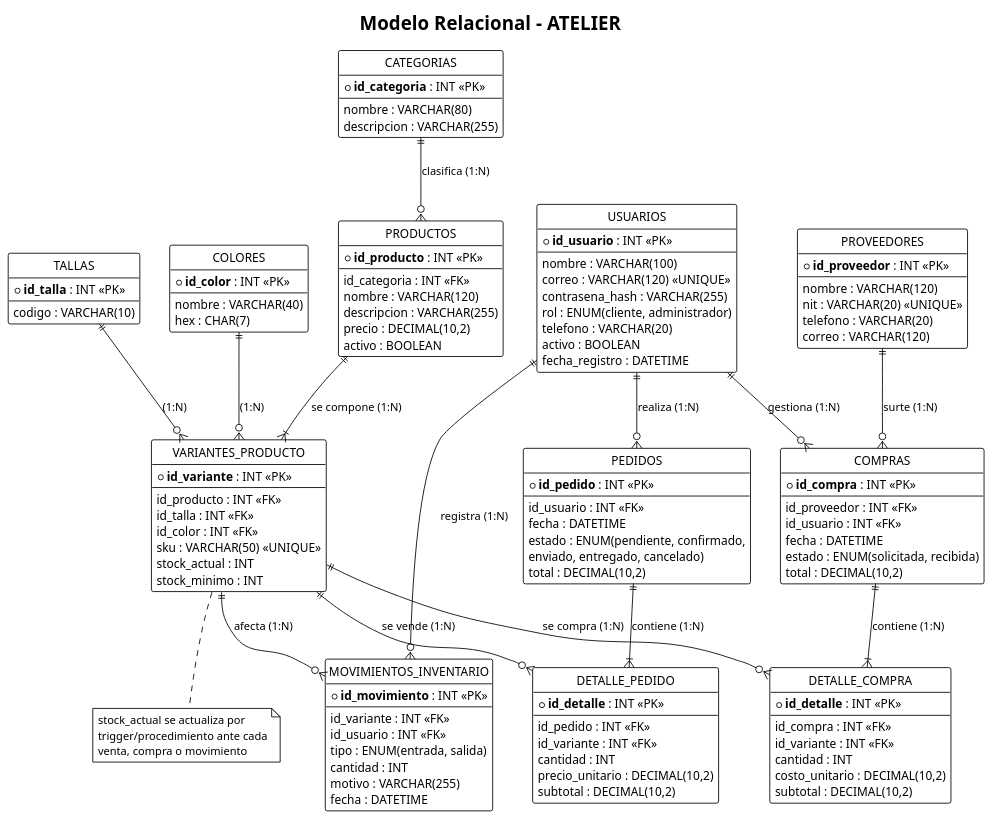
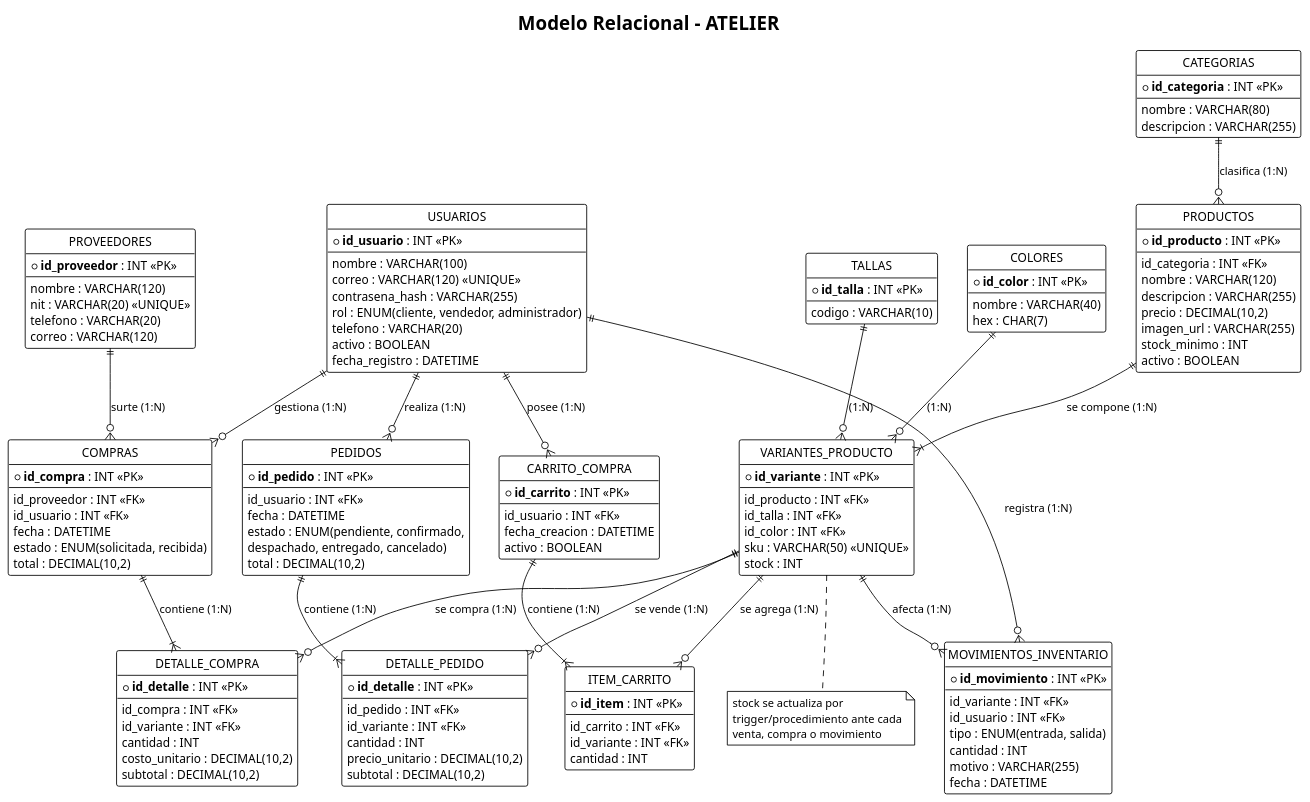
Before and after one commit to JCbral04/ST_G6_ATELIER: the diagram in docs/diagrams/modelo_er.puml, drawn with PlantUML.

Commit message:
Update ER model to include shopping cart entities

```diff
--- a/docs/diagrams/modelo_er.puml
+++ b/docs/diagrams/modelo_er.puml
@@ -1,137 +1,157 @@
 @startuml
 !theme plain
 title Modelo Relacional - ATELIER
 hide circle
 
 entity USUARIOS {
   * **id_usuario** : INT <<PK>>
   --
   nombre : VARCHAR(100)
   correo : VARCHAR(120) <<UNIQUE>>
   contrasena_hash : VARCHAR(255)
-  rol : ENUM(cliente, administrador)
+  rol : ENUM(cliente, vendedor, administrador)
   telefono : VARCHAR(20)
   activo : BOOLEAN
   fecha_registro : DATETIME
 }
 
 entity CATEGORIAS {
   * **id_categoria** : INT <<PK>>
   --
   nombre : VARCHAR(80)
   descripcion : VARCHAR(255)
 }
 
 entity PRODUCTOS {
   * **id_producto** : INT <<PK>>
   --
   id_categoria : INT <<FK>>
   nombre : VARCHAR(120)
   descripcion : VARCHAR(255)
   precio : DECIMAL(10,2)
+  imagen_url : VARCHAR(255)
+  stock_minimo : INT
   activo : BOOLEAN
 }
 
 entity TALLAS {
   * **id_talla** : INT <<PK>>
   --
   codigo : VARCHAR(10)
 }
 
 entity COLORES {
   * **id_color** : INT <<PK>>
   --
   nombre : VARCHAR(40)
   hex : CHAR(7)
 }
 
 entity VARIANTES_PRODUCTO {
   * **id_variante** : INT <<PK>>
   --
   id_producto : INT <<FK>>
   id_talla : INT <<FK>>
   id_color : INT <<FK>>
   sku : VARCHAR(50) <<UNIQUE>>
-  stock_actual : INT
-  stock_minimo : INT
+  stock : INT
+}
+
+entity CARRITO_COMPRA {
+  * **id_carrito** : INT <<PK>>
+  --
+  id_usuario : INT <<FK>>
+  fecha_creacion : DATETIME
+  activo : BOOLEAN
+}
+
+entity ITEM_CARRITO {
+  * **id_item** : INT <<PK>>
+  --
+  id_carrito : INT <<FK>>
+  id_variante : INT <<FK>>
+  cantidad : INT
 }
 
 entity MOVIMIENTOS_INVENTARIO {
   * **id_movimiento** : INT <<PK>>
   --
   id_variante : INT <<FK>>
   id_usuario : INT <<FK>>
   tipo : ENUM(entrada, salida)
   cantidad : INT
   motivo : VARCHAR(255)
   fecha : DATETIME
 }
 
 entity PEDIDOS {
   * **id_pedido** : INT <<PK>>
   --
   id_usuario : INT <<FK>>
   fecha : DATETIME
-  estado : ENUM(pendiente, confirmado,\nenviado, entregado, cancelado)
+  estado : ENUM(pendiente, confirmado,\ndespachado, entregado, cancelado)
   total : DECIMAL(10,2)
 }
 
 entity DETALLE_PEDIDO {
   * **id_detalle** : INT <<PK>>
   --
   id_pedido : INT <<FK>>
   id_variante : INT <<FK>>
   cantidad : INT
   precio_unitario : DECIMAL(10,2)
   subtotal : DECIMAL(10,2)
 }
 
 entity PROVEEDORES {
   * **id_proveedor** : INT <<PK>>
   --
   nombre : VARCHAR(120)
   nit : VARCHAR(20) <<UNIQUE>>
   telefono : VARCHAR(20)
   correo : VARCHAR(120)
 }
 
 entity COMPRAS {
   * **id_compra** : INT <<PK>>
   --
   id_proveedor : INT <<FK>>
   id_usuario : INT <<FK>>
   fecha : DATETIME
   estado : ENUM(solicitada, recibida)
   total : DECIMAL(10,2)
 }
 
 entity DETALLE_COMPRA {
   * **id_detalle** : INT <<PK>>
   --
   id_compra : INT <<FK>>
   id_variante : INT <<FK>>
   cantidad : INT
   costo_unitario : DECIMAL(10,2)
   subtotal : DECIMAL(10,2)
 }
 
 USUARIOS ||--o{ PEDIDOS : "realiza (1:N)"
+USUARIOS ||--o{ CARRITO_COMPRA : "posee (1:N)"
 USUARIOS ||--o{ MOVIMIENTOS_INVENTARIO : "registra (1:N)"
 USUARIOS ||--o{ COMPRAS : "gestiona (1:N)"
 CATEGORIAS ||--o{ PRODUCTOS : "clasifica (1:N)"
 PRODUCTOS ||--|{ VARIANTES_PRODUCTO : "se compone (1:N)"
 TALLAS ||--o{ VARIANTES_PRODUCTO : "(1:N)"
 COLORES ||--o{ VARIANTES_PRODUCTO : "(1:N)"
+CARRITO_COMPRA ||--|{ ITEM_CARRITO : "contiene (1:N)"
+VARIANTES_PRODUCTO ||--o{ ITEM_CARRITO : "se agrega (1:N)"
 VARIANTES_PRODUCTO ||--o{ MOVIMIENTOS_INVENTARIO : "afecta (1:N)"
 PEDIDOS ||--|{ DETALLE_PEDIDO : "contiene (1:N)"
 VARIANTES_PRODUCTO ||--o{ DETALLE_PEDIDO : "se vende (1:N)"
 PROVEEDORES ||--o{ COMPRAS : "surte (1:N)"
 COMPRAS ||--|{ DETALLE_COMPRA : "contiene (1:N)"
 VARIANTES_PRODUCTO ||--o{ DETALLE_COMPRA : "se compra (1:N)"
 
 note bottom of VARIANTES_PRODUCTO
-  stock_actual se actualiza por
+  stock se actualiza por
   trigger/procedimiento ante cada
   venta, compra o movimiento
 end note
 @enduml
```
